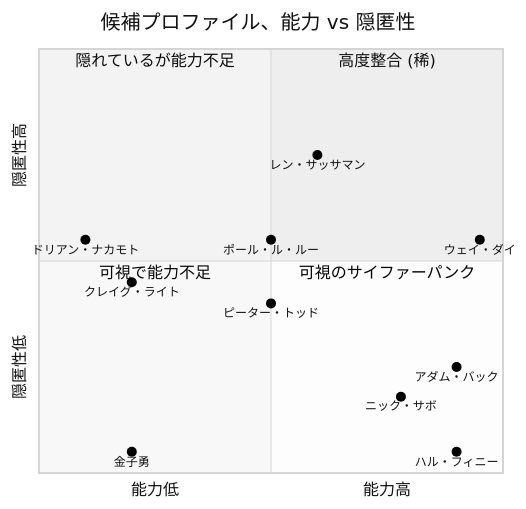
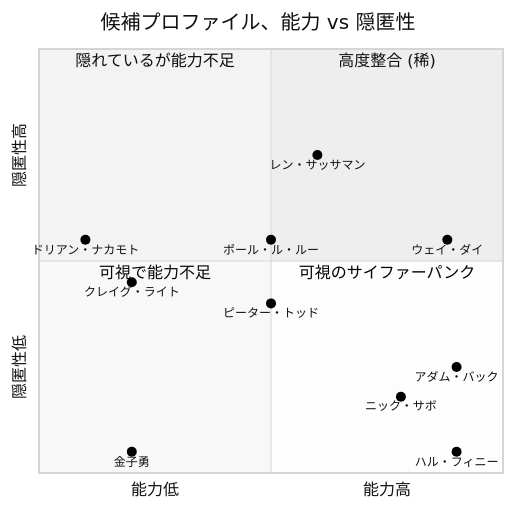
One commit to cypher256/BitcoinArchive changed the diagram in src/data/translations/ja/analysis/2008-10-31-satoshi-identity-hypotheses-overview.md. Above: the diagram before and after it, drawn with Mermaid (neutral theme). The commit also changed 1 other file, not shown here.

Commit message:
Quadrant chart: pull Wei Dai inward to (0.88, 0.55) so the label fits inside the chart
At x=0.95 the label "Wei Dai" / "ウェイ・ダイ" was clipped at the
right edge of the plot area because Mermaid's centered text-anchor
extends the label half-width past the data point. Move x to 0.88 -
the label now fits inside the chart, and Wei Dai stays in the upper-
right Q1 region the data still places him in (high capability +
slight covertness from the late-1990s -> 2007-2008 specialty shift
to Crypto++ maintenance).

The X-axis change from 0.95 to 0.88 is a visual-fit adjustment, not a
methodology change. Wei Dai's underlying capability score (5/5 green
in the section 1 table) still puts him at the top of the named-
candidate cluster on the X axis; the small step inward only avoids
clipping.

````diff
--- a/src/data/translations/ja/analysis/2008-10-31-satoshi-identity-hypotheses-overview.md
+++ b/src/data/translations/ja/analysis/2008-10-31-satoshi-identity-hypotheses-overview.md
@@ -144,20 +144,20 @@
 ```mermaid
 quadrantChart
     title 候補プロファイル、能力 vs 隠匿性
     x-axis "能力低" --> "能力高"
     y-axis "隠匿性低" --> "隠匿性高"
     quadrant-1 "高度整合 (稀)"
     quadrant-2 "隠れているが能力不足"
     quadrant-3 "可視で能力不足"
     quadrant-4 "可視のサイファーパンク"
-    "ウェイ・ダイ": [0.95, 0.55]
+    "ウェイ・ダイ": [0.88, 0.55]
     "アダム・バック": [0.9, 0.25]
     "ハル・フィニー": [0.9, 0.05]
     "ニック・サボ": [0.78, 0.18]
     "レン・サッサマン": [0.6, 0.75]
     "ポール・ル・ルー": [0.5, 0.55]
     "ピーター・トッド": [0.5, 0.4]
     "クレイグ・ライト": [0.2, 0.45]
     "ドリアン・ナカモト": [0.1, 0.55]
     "金子勇": [0.2, 0.05]
 ```
````
